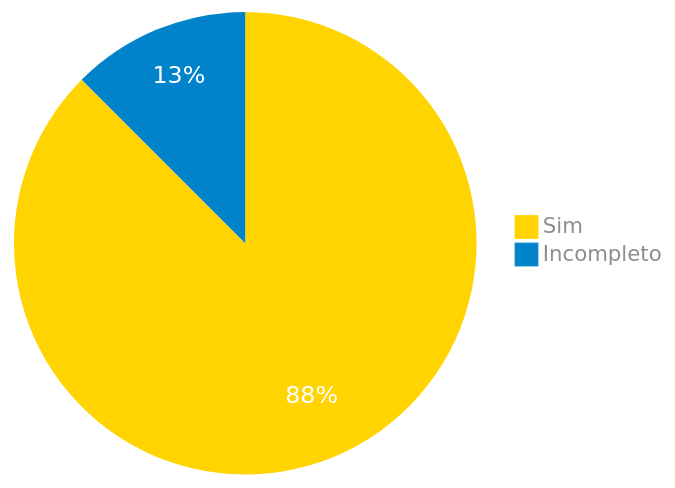
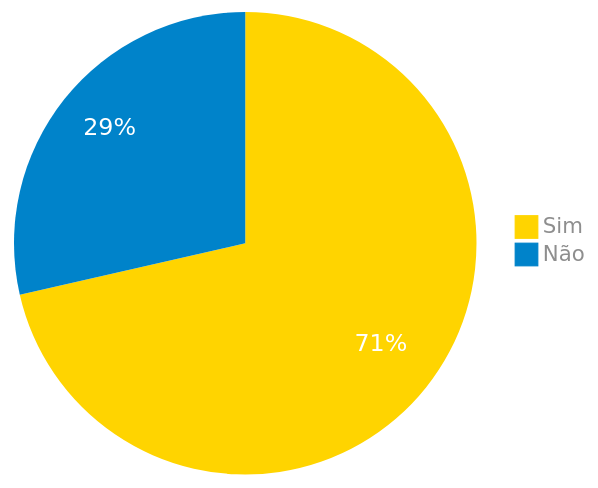
One commit to Requisitos-de-Software/2024.1-Serasa changed the diagram in docs/verificacao/grupo/elicitacao/tecnicas/quest.md. Above: the diagram before and after it, drawn with Mermaid. The commit also changed other lines of this file, not shown here.

````diff
--- a/docs/verificacao/grupo/elicitacao/tecnicas/quest.md
+++ b/docs/verificacao/grupo/elicitacao/tecnicas/quest.md
@@ -77,22 +84,22 @@
 ``` mermaid
 %%{
   init: {
     'theme': 'base',
     'themeVariables': {
         'primaryColor': '#FFD400',
         'secondaryColor': '#0083CA',
         'tertiaryColor': '#CD992B',
         'pie4': '#00416B',
         'primaryTextColor': '#8e8e8e',
         'pieStrokeWidth': '0px',
         'pieOuterStrokeWidth': '0px',
         'pieOpacity': '1',
         'pieSectionTextColor': '#fff',
         'pieSectionTextSize': '19px'
     }
   }
 }%%
 pie
-    "Sim" : 7
-    "Incompleto" : 1
+    "Sim" : 5
+    "Não" : 2
 ```
````
